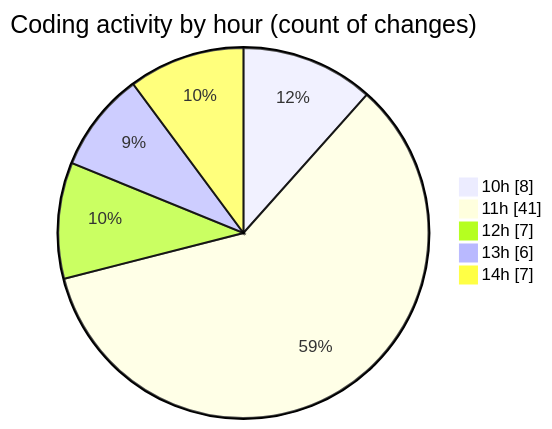
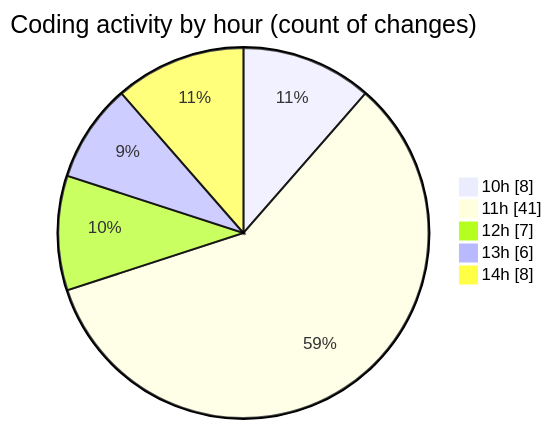
The second of 2 diagrams in 2026-10-13/cda/README.md (momahboobian/code-tracking), drawn with Mermaid before and after one commit. The commit also changed other lines of this file and 1 other file, not shown here.

````diff
--- a/2026-10-13/cda/README.md
+++ b/2026-10-13/cda/README.md
@@ -52,9 +52,9 @@
 ```mermaid
 pie showData
 title Coding activity by hour (count of changes)
 "10h" : 8
 "11h" : 41
 "12h" : 7
 "13h" : 6
-"14h" : 7
+"14h" : 8
 ```
````
